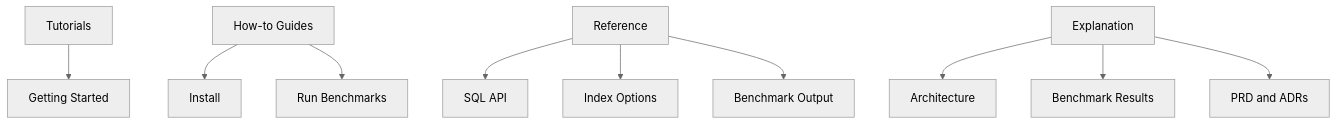
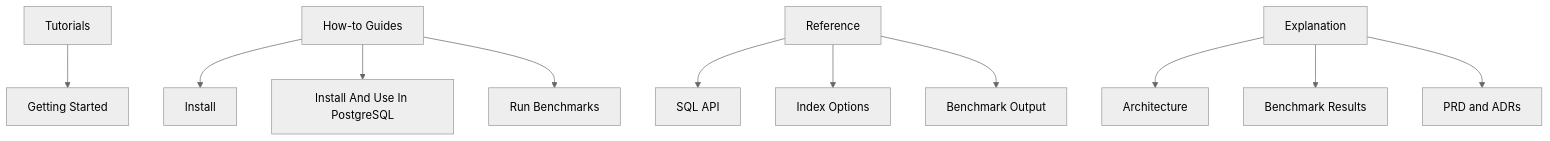
Before and after one commit to mayflower/pg_turboquant: the diagram in docs/README.md, drawn with Mermaid (neutral theme). The commit also changed other lines of this file and 17 other files, not shown here.

````diff
--- a/docs/README.md
+++ b/docs/README.md
@@ -5,12 +5,13 @@
 ```mermaid
 flowchart TD
     T["Tutorials"] --> T1["Getting Started"]
     H["How-to Guides"] --> H1["Install"]
-    H --> H2["Run Benchmarks"]
+    H --> H2["Install And Use In PostgreSQL"]
+    H --> H3["Run Benchmarks"]
     R["Reference"] --> R1["SQL API"]
     R --> R2["Index Options"]
     R --> R3["Benchmark Output"]
     E["Explanation"] --> E1["Architecture"]
     E --> E2["Benchmark Results"]
     E --> E3["PRD and ADRs"]
 ```
````
